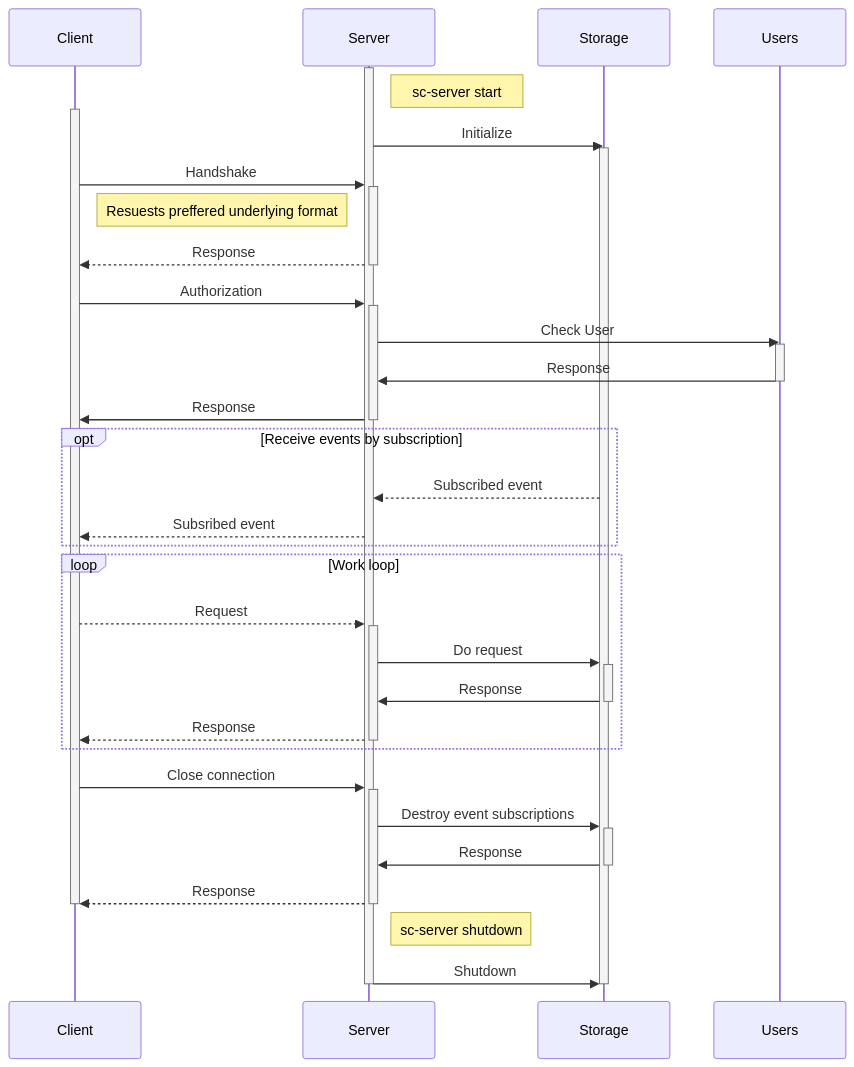
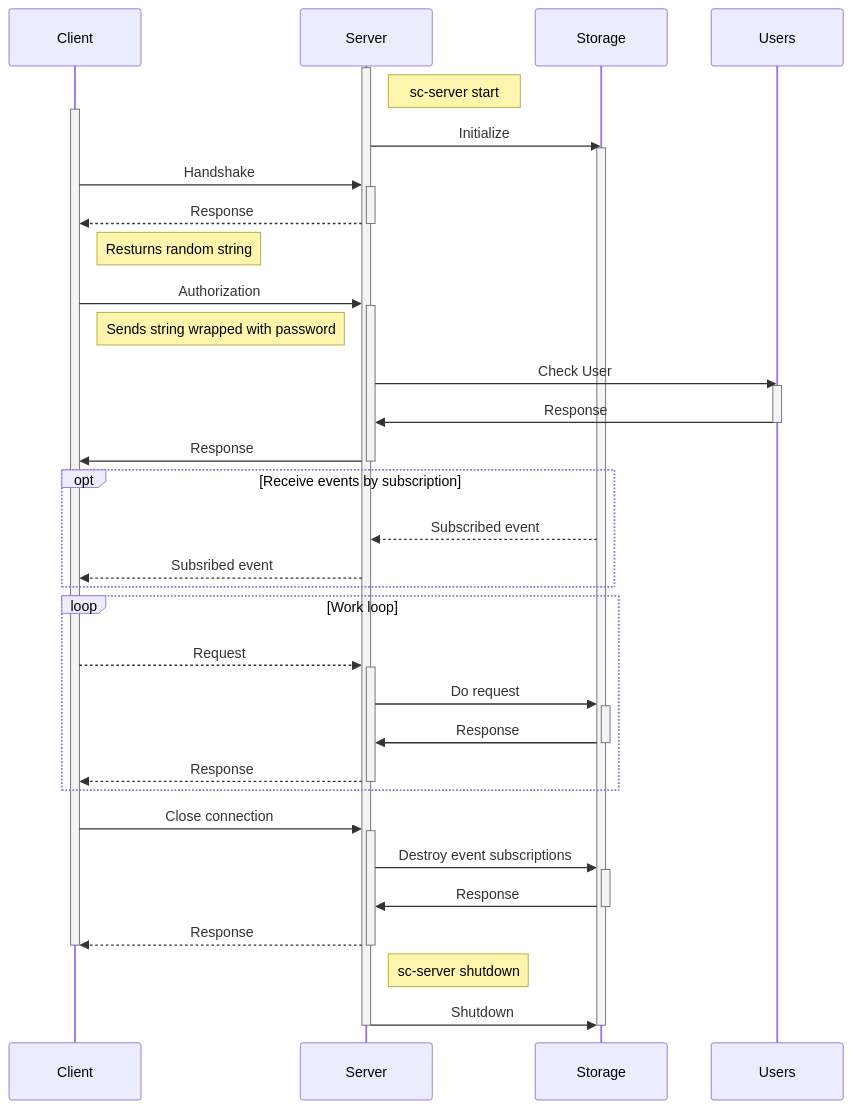
One commit to deniskoronchik/sc-machine changed the diagram in docs/net/sctp.md. Above: the diagram before and after it, drawn with Mermaid. The commit also changed 27 other files, not shown here.

````diff
--- a/docs/net/sctp.md
+++ b/docs/net/sctp.md
@@ -11,72 +11,73 @@
 ```mermaid
 sequenceDiagram
     participant Client
     participant Server
     participant Storage
     participant Users
 
     activate Server
 
     Note right of Server: sc-server start
     activate Client
     Server->>Storage: Initialize
     activate Storage
 
     %% handshake >>>
     Client->>Server: Handshake
     activate Server
-    Note right of Client: Resuests preffered underlying format
     
     Server-->>Client: Response
     deactivate Server
+    Note right of Client: Resturns random string
 
     %% <<< handshake
 
     %% auth >>>
     Client->>Server: Authorization
     activate Server
+    Note right of Client: Sends string wrapped with password
 
     Server->>Users: Check User
     activate Users
     Users->>Server: Response
     deactivate Users
 
     Server->>Client: Response
     deactivate Server
 
     %% <<< atuh
 
     opt Receive events by subscription
       Storage-->>Server: Subscribed event
       Server-->>Client: Subsribed event
     end
 
 
     loop Work loop
       Client-->>Server: Request
       activate Server
       Server->>Storage: Do request
       activate Storage
 
       Storage->>Server: Response
       deactivate Storage
       Server-->>Client: Response
       deactivate Server  
     end
 
     Client->>Server: Close connection
     activate Server
     Server->>Storage: Destroy event subscriptions
     activate Storage
     Storage->>Server: Response
     deactivate Storage
     Server-->>Client: Response
     deactivate Server
     deactivate Client
     
     Note right of Server: sc-server shutdown
     Server->>Storage: Shutdown
     deactivate Storage
 
     deactivate Server
 ```
````
